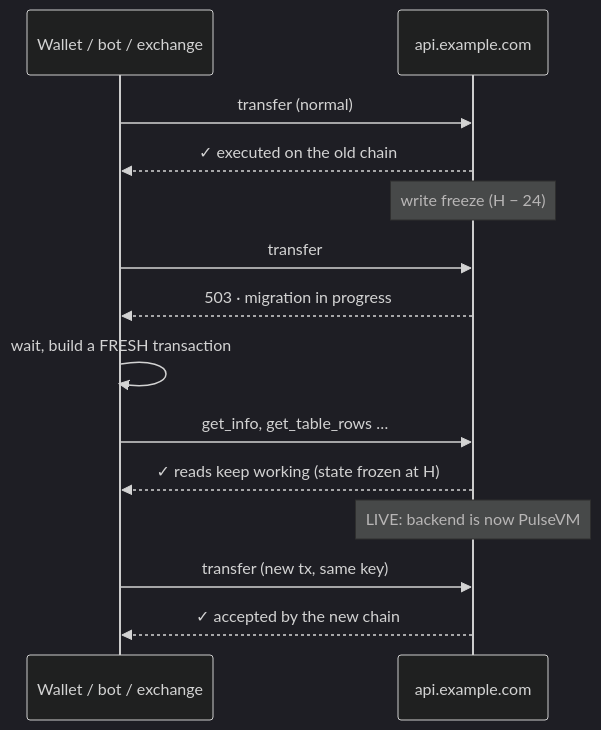
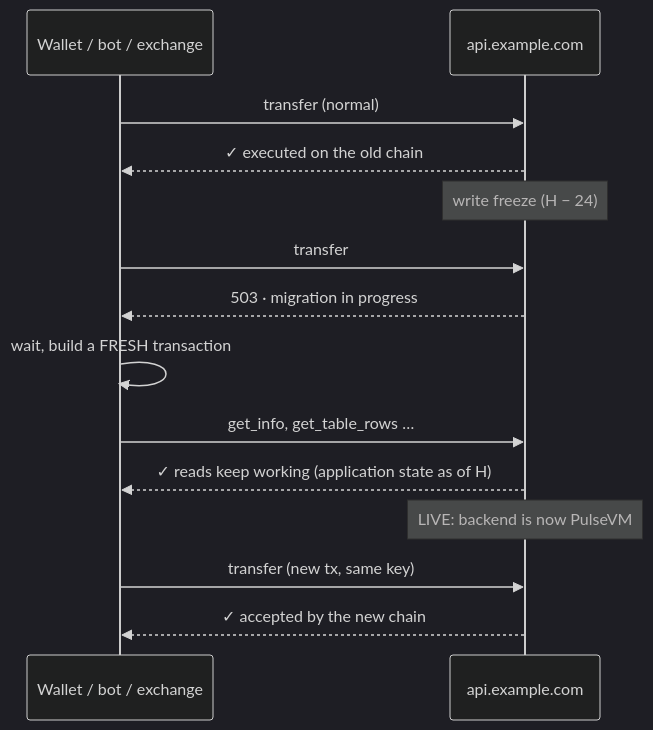
Before and after one commit to paulgnz/pulse-cutover: the seventh of 8 diagrams in docs/PROCESS.md, drawn with Mermaid (dark theme). The commit also changed other lines of this file and 6 other files, not shown here.

````diff
--- a/docs/PROCESS.md
+++ b/docs/PROCESS.md
@@ -262,16 +273,16 @@
 ```mermaid
 sequenceDiagram
     participant App as Wallet / bot / exchange
     participant URL as api.example.com
     App->>URL: transfer (normal)
     URL-->>App: ✓ executed on the old chain
     Note over URL: write freeze (H − 24)
     App->>URL: transfer
     URL-->>App: 503 · migration in progress
     App->>App: wait, build a FRESH transaction
     App->>URL: get_info, get_table_rows …
-    URL-->>App: ✓ reads keep working (state frozen at H)
+    URL-->>App: ✓ reads keep working (application state as of H)
     Note over URL: LIVE: backend is now PulseVM
     App->>URL: transfer (new tx, same key)
     URL-->>App: ✓ accepted by the new chain
 ```
````
